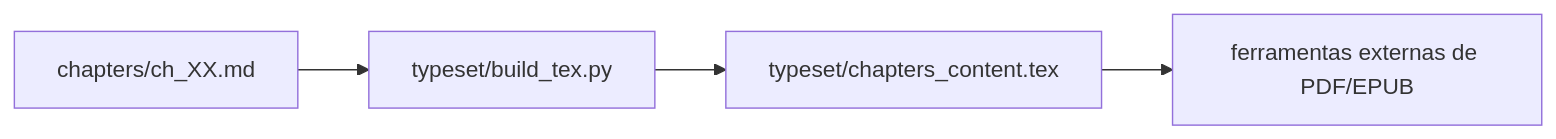
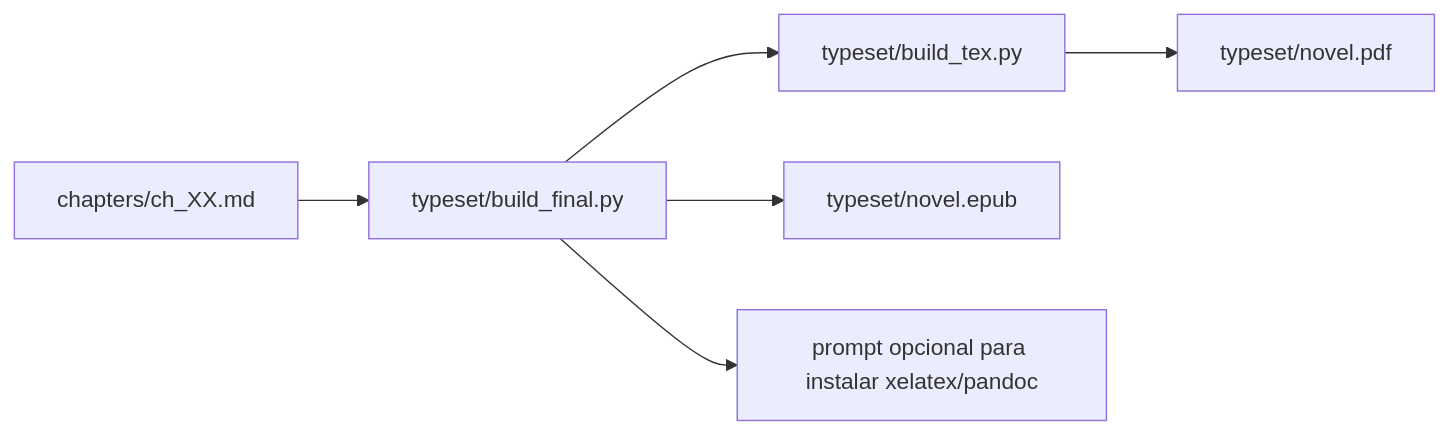
One commit to aleemerich/autobook changed the diagram in docs/pt-br/typesetting/typesetting.md. Above: the diagram before and after it, drawn with Mermaid. The commit also changed other lines of this file and 23 other files, not shown here.

````diff
--- a/docs/pt-br/typesetting/typesetting.md
+++ b/docs/pt-br/typesetting/typesetting.md
@@ -18,6 +112,8 @@
 ```mermaid
 flowchart LR
-    Chapters["chapters/ch_XX.md"] --> Script["typeset/build_tex.py"]
-    Script --> Tex["typeset/chapters_content.tex"]
-    Tex --> External["ferramentas externas de PDF/EPUB"]
+    Chapters["chapters/ch_XX.md"] --> Final["typeset/build_final.py"]
+    Final --> TeX["typeset/build_tex.py"]
+    TeX --> PDF["typeset/novel.pdf"]
+    Final --> EPUB["typeset/novel.epub"]
+    Final --> Install["prompt opcional para instalar xelatex/pandoc"]
 ```
````
